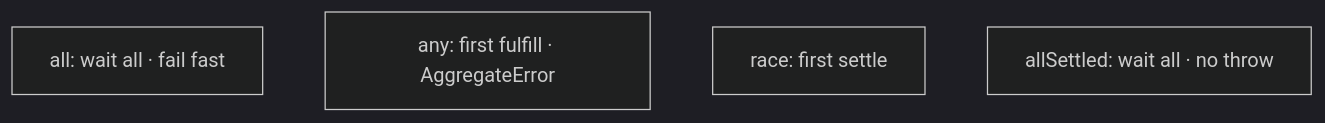
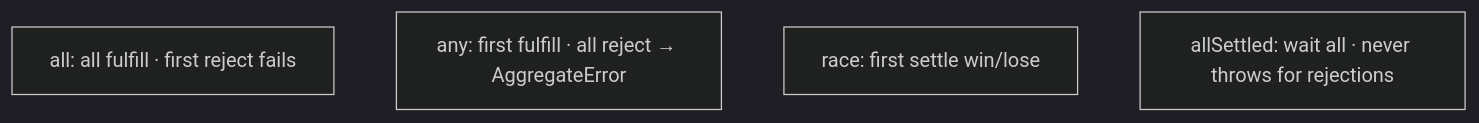
Before and after one commit to prajjwaljogdand/FullstackPreparation: the second of 4 diagrams in docs/javascript/23-machine-coding.md, drawn with Mermaid (dark theme). The commit also changed other lines of this file and 91 other files, not shown here.

````diff
--- a/docs/javascript/23-machine-coding.md
+++ b/docs/javascript/23-machine-coding.md
@@ -68,7 +125,7 @@
 ```mermaid
 flowchart TB
-  all["all: wait all · fail fast"]
-  any["any: first fulfill · AggregateError"]
-  race["race: first settle"]
-  settled["allSettled: wait all · no throw"]
+  all["all: all fulfill · first reject fails"]
+  any["any: first fulfill · all reject → AggregateError"]
+  race["race: first settle win/lose"]
+  settled["allSettled: wait all · never throws for rejections"]
 ```
````
